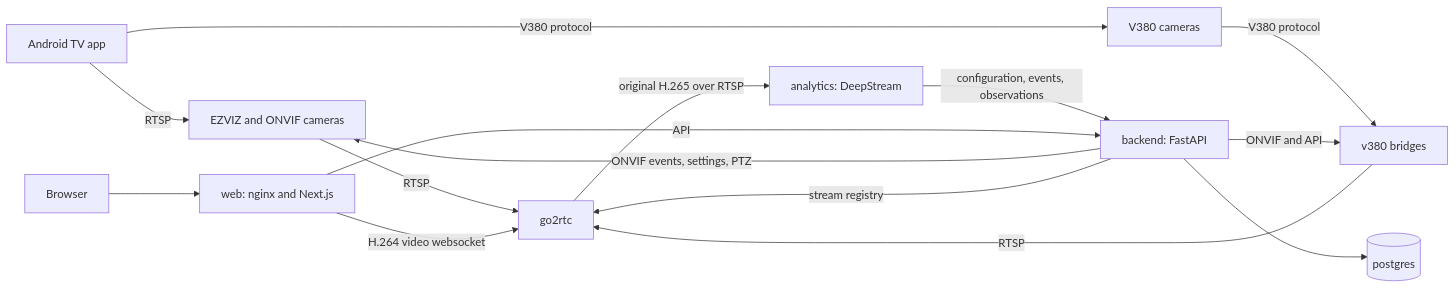
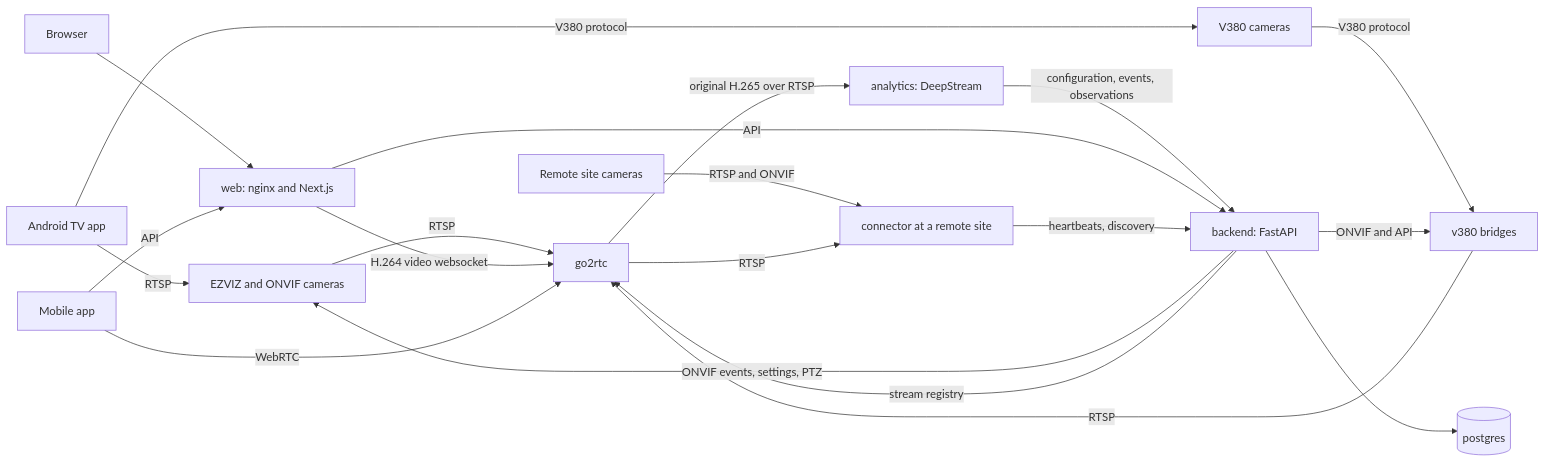
The diagram in README.md (Shavkatjon-O/Home-Camera-Manager), drawn with Mermaid before and after one commit. The commit also changed other lines of this file and 6 other files, not shown here.

````diff
--- a/README.md
+++ b/README.md
@@ -78,28 +96,36 @@
 ```mermaid
 flowchart LR
   ezviz[EZVIZ and ONVIF cameras]
   v380[V380 cameras]
   bridge[v380 bridges]
   go2rtc[go2rtc]
   analytics[analytics: DeepStream]
   backend[backend: FastAPI]
   postgres[(postgres)]
   web[web: nginx and Next.js]
   browser[Browser]
+  phone[Mobile app]
+  connector[connector at a remote site]
+  remote[Remote site cameras]
   tv[Android TV app]
 
   v380 -- V380 protocol --> bridge
   bridge -- RTSP --> go2rtc
   ezviz -- RTSP --> go2rtc
   backend -- ONVIF events, settings, PTZ --> ezviz
   backend -- ONVIF and API --> bridge
   backend -- stream registry --> go2rtc
   go2rtc -- original H.265 over RTSP --> analytics
   analytics -- configuration, events, observations --> backend
   backend --> postgres
   browser --> web
   web -- API --> backend
   web -- H.264 video websocket --> go2rtc
+  phone -- API --> web
+  phone -- WebRTC --> go2rtc
+  remote -- RTSP and ONVIF --> connector
+  connector -- heartbeats, discovery --> backend
+  go2rtc -- RTSP --> connector
   tv -- RTSP --> ezviz
   tv -- V380 protocol --> v380
 ```
````
